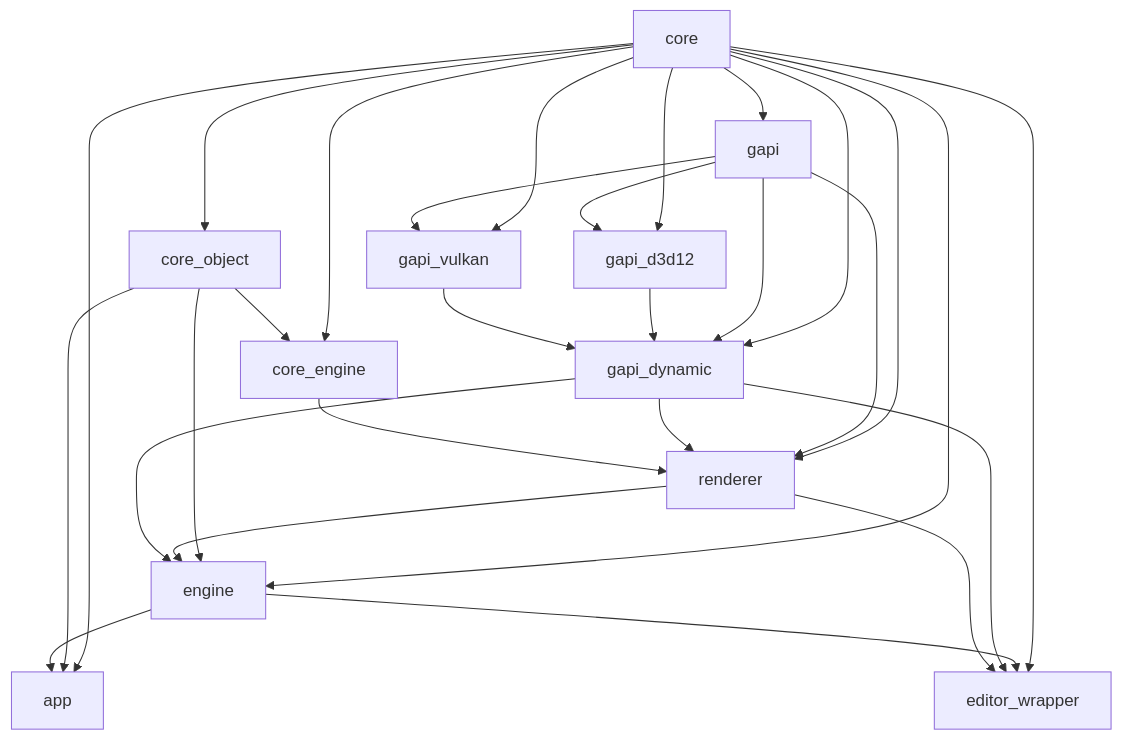
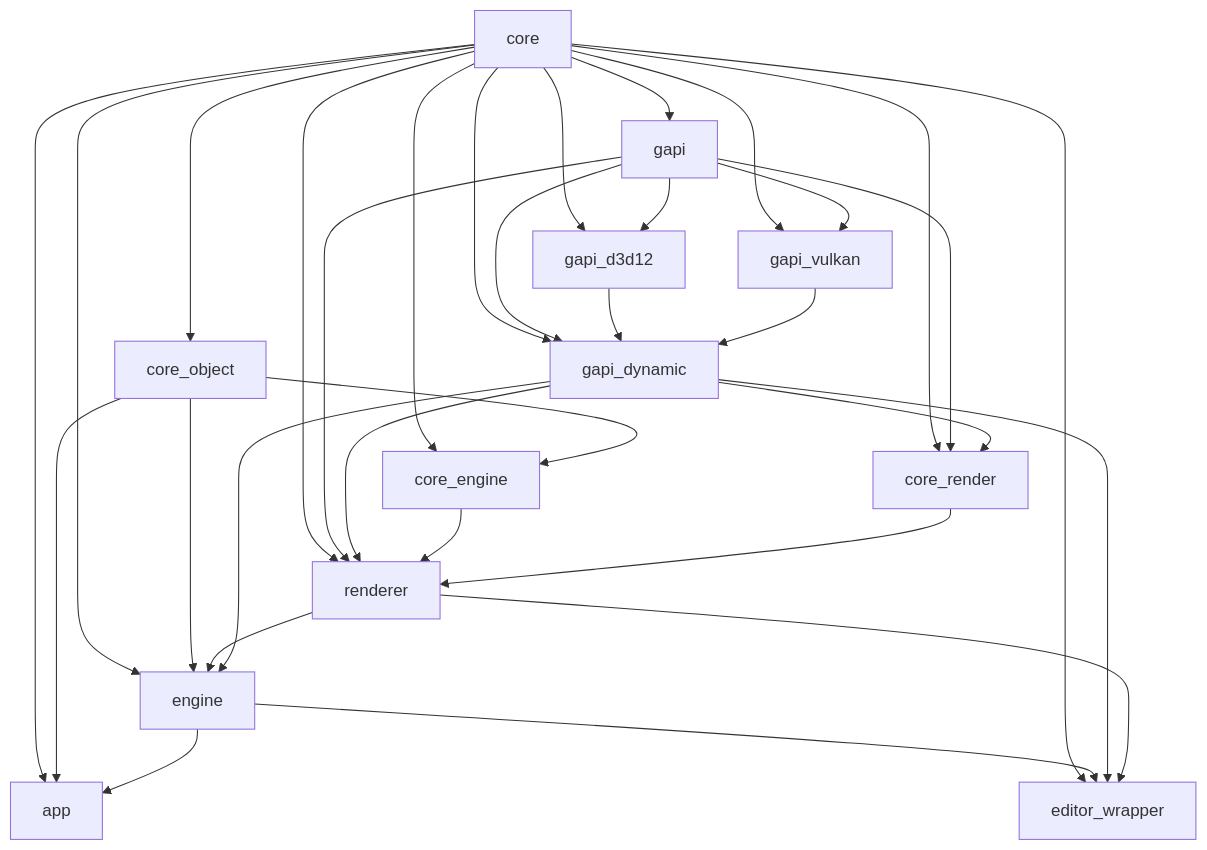
The diagram in README.md (hellokenlee/NeneEngine2), drawn with Mermaid before and after one commit. The commit also changed 39 other files, not shown here.

````diff
--- a/README.md
+++ b/README.md
@@ -92,30 +92,34 @@
 ```mermaid
 graph TD
   core --> app
   core_object --> app
   engine --> app
   core --> core_engine
   core_object --> core_engine
   core --> core_object
+  core --> core_render
+  gapi --> core_render
+  gapi_dynamic --> core_render
   core --> editor_wrapper
   engine --> editor_wrapper
   gapi_dynamic --> editor_wrapper
   renderer --> editor_wrapper
   core --> engine
   core_object --> engine
   renderer --> engine
   gapi_dynamic --> engine
   core --> gapi
   core --> gapi_d3d12
   gapi --> gapi_d3d12
   core --> gapi_dynamic
   gapi --> gapi_dynamic
   gapi_d3d12 --> gapi_dynamic
   gapi_vulkan --> gapi_dynamic
   core --> gapi_vulkan
   gapi --> gapi_vulkan
   core --> renderer
   gapi --> renderer
   gapi_dynamic --> renderer
   core_engine --> renderer
+  core_render --> renderer
 ```
````
